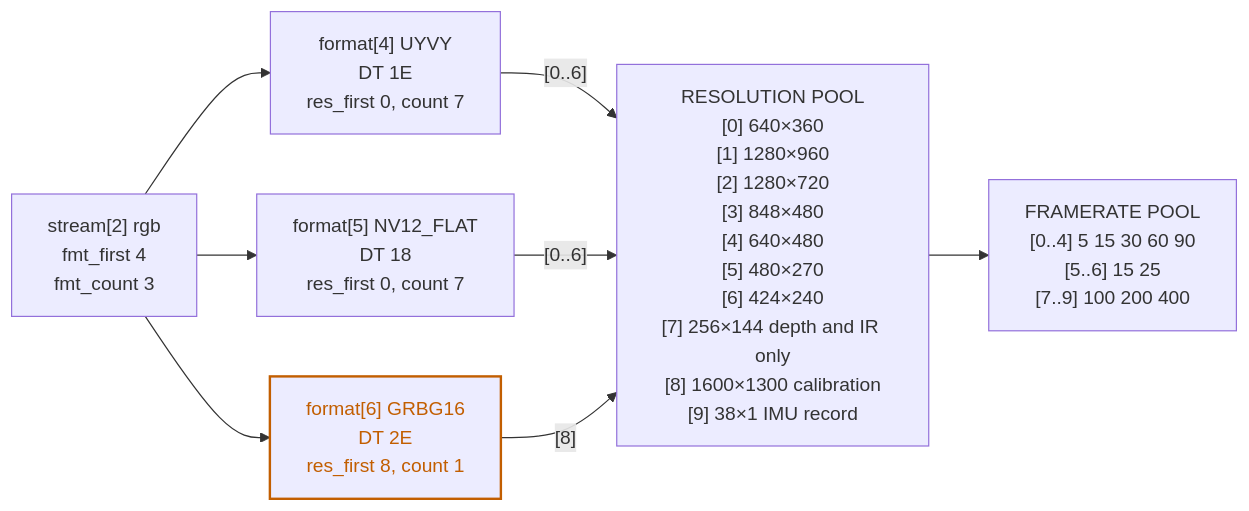
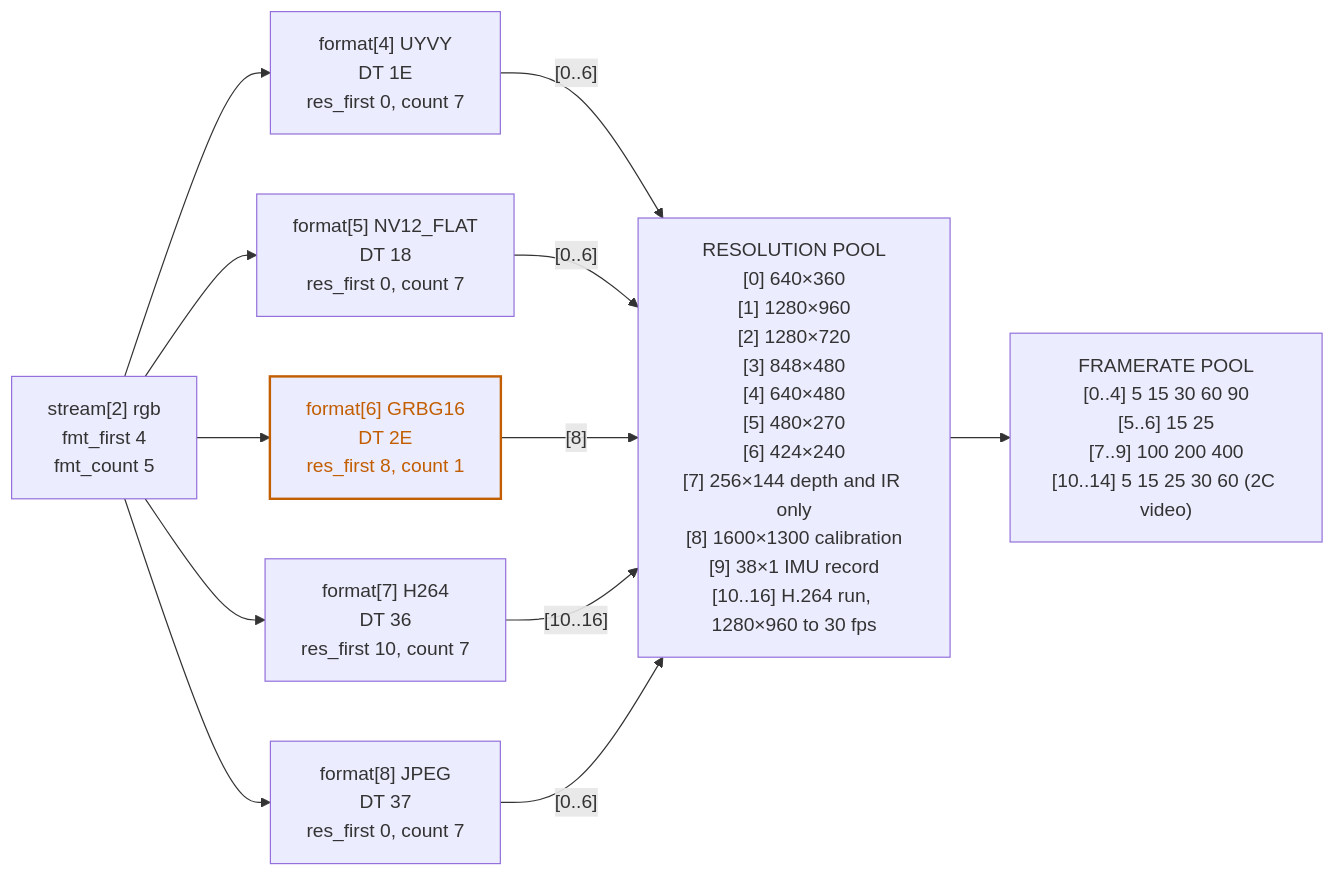
The second of 2 diagrams in docs/camera-format-descriptor.md (realsenseai/realsense_mipi_platform_driver), drawn with Mermaid before and after one commit. The commit also changed other lines of this file and 23 other files, not shown here.

````diff
--- a/docs/camera-format-descriptor.md
+++ b/docs/camera-format-descriptor.md
@@ -267,23 +268,29 @@
 ```mermaid
 flowchart LR
-  rgb["stream[2] rgb<br/>fmt_first 4<br/>fmt_count 3"]
+  rgb["stream[2] rgb<br/>fmt_first 4<br/>fmt_count 5"]
 
   f4["format[4] UYVY<br/>DT 1E<br/>res_first 0, count 7"]
   f5["format[5] NV12_FLAT<br/>DT 18<br/>res_first 0, count 7"]
   f6["format[6] GRBG16<br/>DT 2E<br/>res_first 8, count 1"]
+  f7["format[7] H264<br/>DT 36<br/>res_first 10, count 7"]
+  f8["format[8] JPEG<br/>DT 37<br/>res_first 0, count 7"]
 
-  res["RESOLUTION POOL<br/>[0] 640×360<br/>[1] 1280×960<br/>[2] 1280×720<br/>[3] 848×480<br/>[4] 640×480<br/>[5] 480×270<br/>[6] 424×240<br/>[7] 256×144 depth and IR only<br/>[8] 1600×1300 calibration<br/>[9] 38×1 IMU record"]
+  res["RESOLUTION POOL<br/>[0] 640×360<br/>[1] 1280×960<br/>[2] 1280×720<br/>[3] 848×480<br/>[4] 640×480<br/>[5] 480×270<br/>[6] 424×240<br/>[7] 256×144 depth and IR only<br/>[8] 1600×1300 calibration<br/>[9] 38×1 IMU record<br/>[10..16] H.264 run, 1280×960 to 30 fps"]
 
-  fps["FRAMERATE POOL<br/>[0..4] 5 15 30 60 90<br/>[5..6] 15 25<br/>[7..9] 100 200 400"]
+  fps["FRAMERATE POOL<br/>[0..4] 5 15 30 60 90<br/>[5..6] 15 25<br/>[7..9] 100 200 400<br/>[10..14] 5 15 25 30 60 (2C video)"]
 
   rgb --> f4
   rgb --> f5
   rgb --> f6
+  rgb --> f7
+  rgb --> f8
   f4 -- "[0..6]" --> res
   f5 -- "[0..6]" --> res
   f6 -- "[8]" --> res
+  f7 -- "[10..16]" --> res
+  f8 -- "[0..6]" --> res
   res --> fps
 
   classDef calib stroke:#C25E00,stroke-width:2px,color:#C25E00
   class f6 calib
 ```
````
